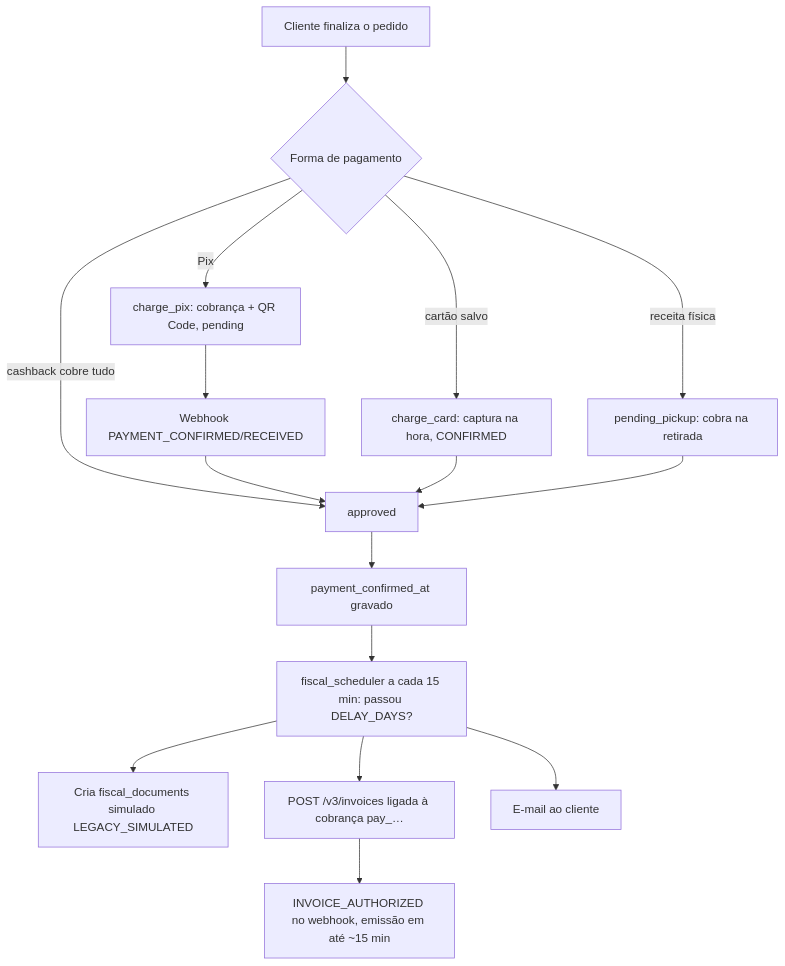
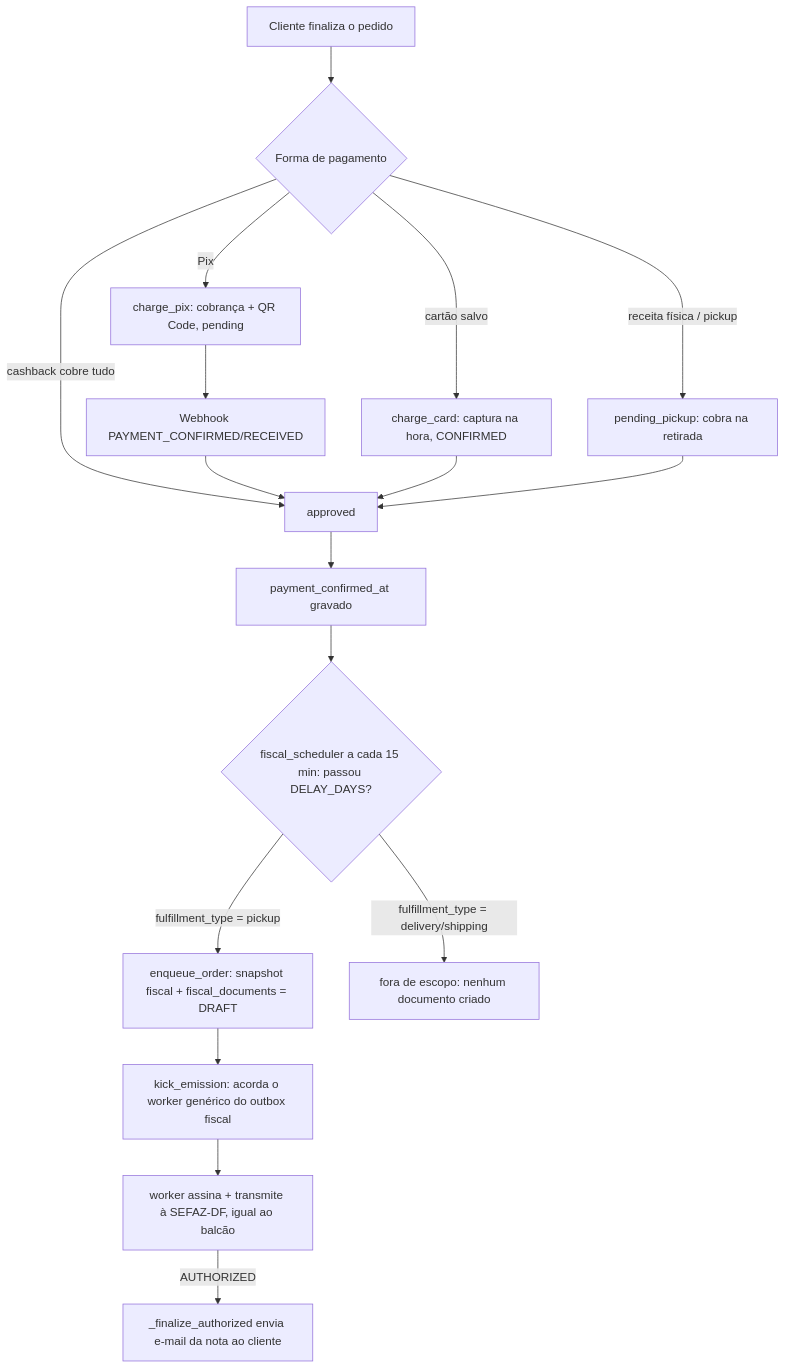
One commit to iamlucas1/farmaura changed the second of 2 diagrams in dev-obsidian/farmaura/02_Documentacao/Fluxo_Pagamento_e_Nota_Fiscal.md. Above: the diagram before and after it, drawn with Mermaid. The commit also changed other lines of this file and 5 other files, not shown here.

````diff
--- a/dev-obsidian/farmaura/02_Documentacao/Fluxo_Pagamento_e_Nota_Fiscal.md
+++ b/dev-obsidian/farmaura/02_Documentacao/Fluxo_Pagamento_e_Nota_Fiscal.md
@@ -44,18 +46,19 @@
 ```mermaid
 flowchart TD
   A[Cliente finaliza o pedido] --> B{Forma de pagamento}
   B -->|cashback cobre tudo| Z[approved]
   B -->|Pix| C[charge_pix: cobrança + QR Code, pending]
   B -->|cartão salvo| D[charge_card: captura na hora, CONFIRMED]
-  B -->|receita física| P[pending_pickup: cobra na retirada]
+  B -->|receita física / pickup| P[pending_pickup: cobra na retirada]
   C --> W[Webhook PAYMENT_CONFIRMED/RECEIVED]
   W --> Z
   D --> Z
   P --> Z
   Z --> T[payment_confirmed_at gravado]
-  T --> S[fiscal_scheduler a cada 15 min: passou DELAY_DAYS?]
-  S --> F1[Cria fiscal_documents simulado LEGACY_SIMULATED]
-  S --> F2[POST /v3/invoices ligada à cobrança pay_…]
-  S --> F3[E-mail ao cliente]
-  F2 --> N[INVOICE_AUTHORIZED no webhook, emissão em até ~15 min]
+  T --> S{fiscal_scheduler a cada 15 min: passou DELAY_DAYS?}
+  S -->|fulfillment_type = pickup| E1[enqueue_order: snapshot fiscal + fiscal_documents = DRAFT]
+  S -->|fulfillment_type = delivery/shipping| E2[fora de escopo: nenhum documento criado]
+  E1 --> KK[kick_emission: acorda o worker genérico do outbox fiscal]
+  KK --> AU[worker assina + transmite à SEFAZ-DF, igual ao balcão]
+  AU -->|AUTHORIZED| MAIL[_finalize_authorized envia e-mail da nota ao cliente]
 ```
````
